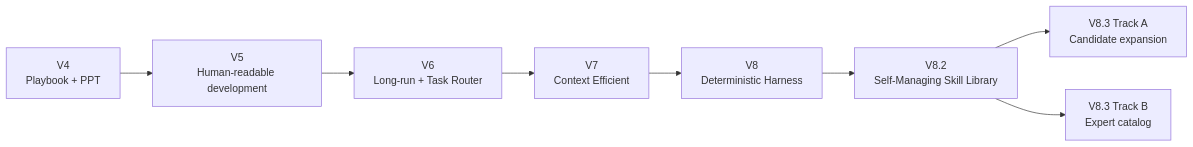
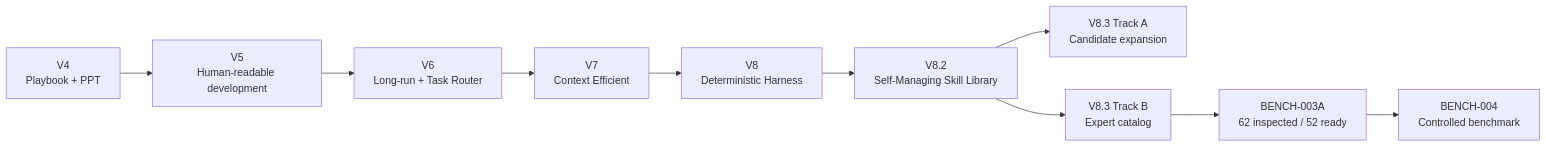
The diagram in docs/history/README.md (tmdgns104/codex-ai-agent-playbook), drawn with Mermaid before and after one commit. The commit also changed other lines of this file, not shown here.

Commit message:
docs: refresh history index after BENCH-003A

````diff
--- a/docs/history/README.md
+++ b/docs/history/README.md
@@ -105,10 +190,12 @@
 ```mermaid
 flowchart LR
     V4[V4\nPlaybook + PPT] --> V5[V5\nHuman-readable development]
     V5 --> V6[V6\nLong-run + Task Router]
     V6 --> V7[V7\nContext Efficient]
     V7 --> V8[V8\nDeterministic Harness]
     V8 --> V82[V8.2\nSelf-Managing Skill Library]
     V82 --> V83A[V8.3 Track A\nCandidate expansion]
     V82 --> V83B[V8.3 Track B\nExpert catalog]
+    V83B --> B3A[BENCH-003A\n62 inspected / 52 ready]
+    B3A --> B4[BENCH-004\nControlled benchmark]
 ```
````
